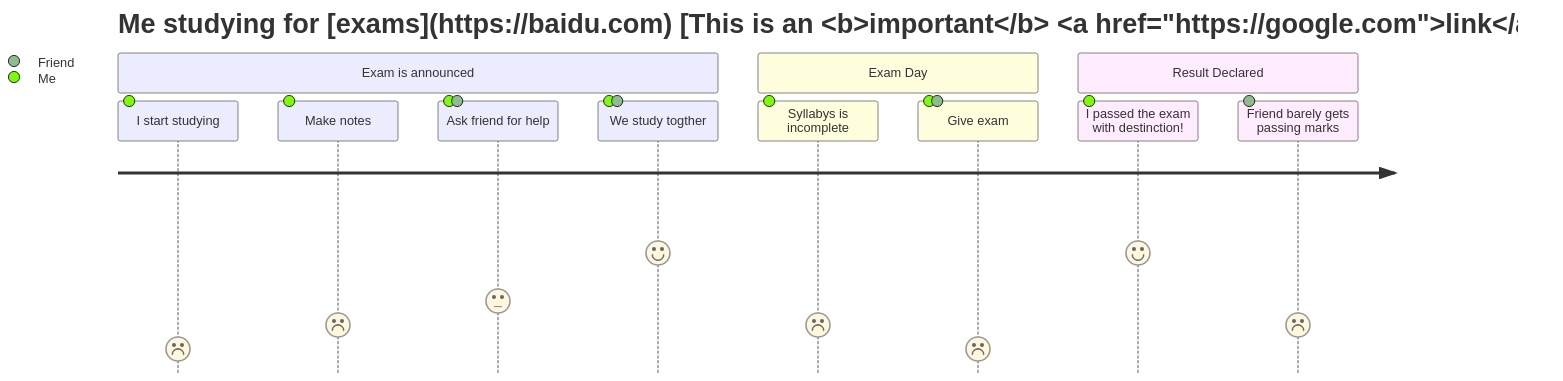
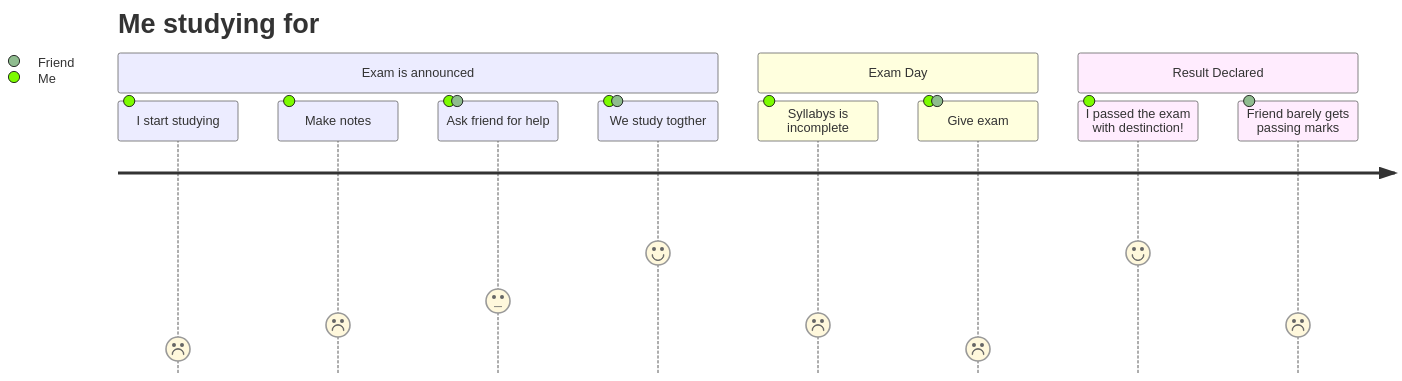
One commit to JinLei324/station-ios changed the diagram in README.md. Above: the diagram before and after it, drawn with Mermaid.

````diff
--- a/README.md
+++ b/README.md
@@ -2,15 +2,15 @@
 ```mermaid
 journey
-	title Me studying for [exams](https://baidu.com) [This is an <b>important</b> <a href='https://google.com'>link</a>]
+	title Me studying for
 	section Exam is announced
 		I start studying: 1: Me
 		Make notes: 2: Me
 		Ask friend for help: 3: Me, Friend
 		We study togther: 5: Me, Friend
 	section Exam Day
 		Syllabys is incomplete: 2: Me
 		Give exam: 1: Me, Friend
 	section Result Declared
 		I passed the exam with destinction!: 5: Me
 		Friend barely gets passing marks: 2: Friend
 ```
````
